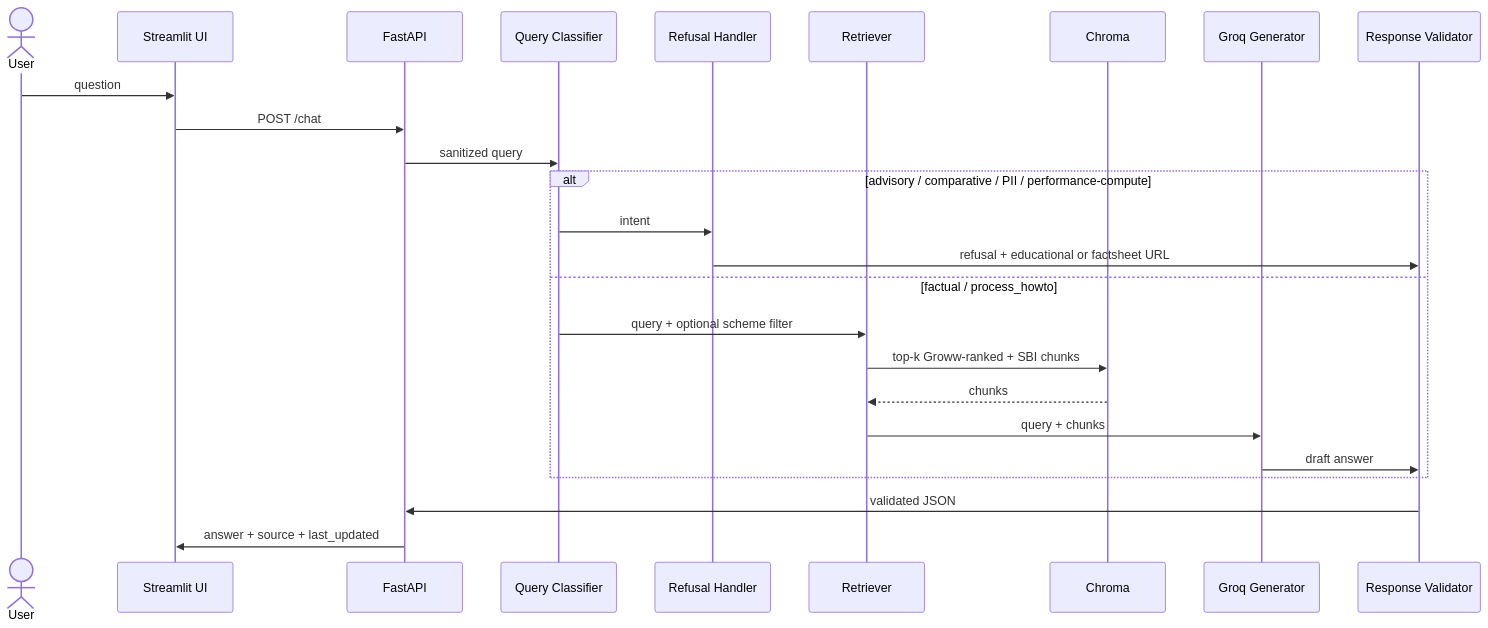
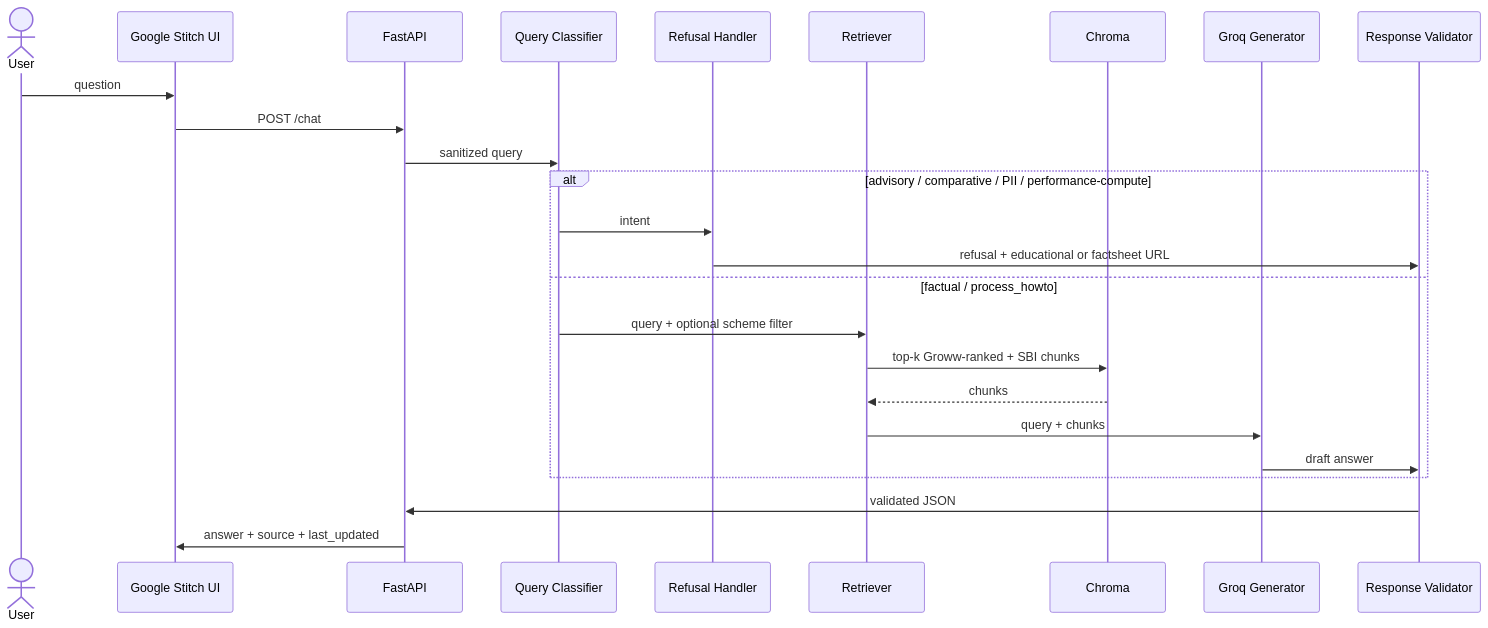
Before and after one commit to himabindu-ai205/RAG-MutualFundAsistant: the second of 2 diagrams in docs/Architecture.md, drawn with Mermaid. The commit also changed other lines of this file and 4 other files, not shown here.

First line of the commit message:
Replace Streamlit references with Google Stitch across docs.

````diff
--- a/docs/Architecture.md
+++ b/docs/Architecture.md
@@ -402,28 +416,28 @@
 ```mermaid
 sequenceDiagram
   actor User
-  participant UI as Streamlit UI
+  participant UI as Google Stitch UI
   participant API as FastAPI
   participant QC as Query Classifier
   participant RH as Refusal Handler
   participant RET as Retriever
   participant VS as Chroma
   participant CG as Groq Generator
   participant RV as Response Validator
 
   User->>UI: question
   UI->>API: POST /chat
   API->>QC: sanitized query
   alt advisory / comparative / PII / performance-compute
     QC->>RH: intent
     RH->>RV: refusal + educational or factsheet URL
   else factual / process_howto
     QC->>RET: query + optional scheme filter
     RET->>VS: top-k Groww-ranked + SBI chunks
     VS-->>RET: chunks
     RET->>CG: query + chunks
     CG->>RV: draft answer
   end
   RV->>API: validated JSON
   API->>UI: answer + source + last_updated
 ```
````
